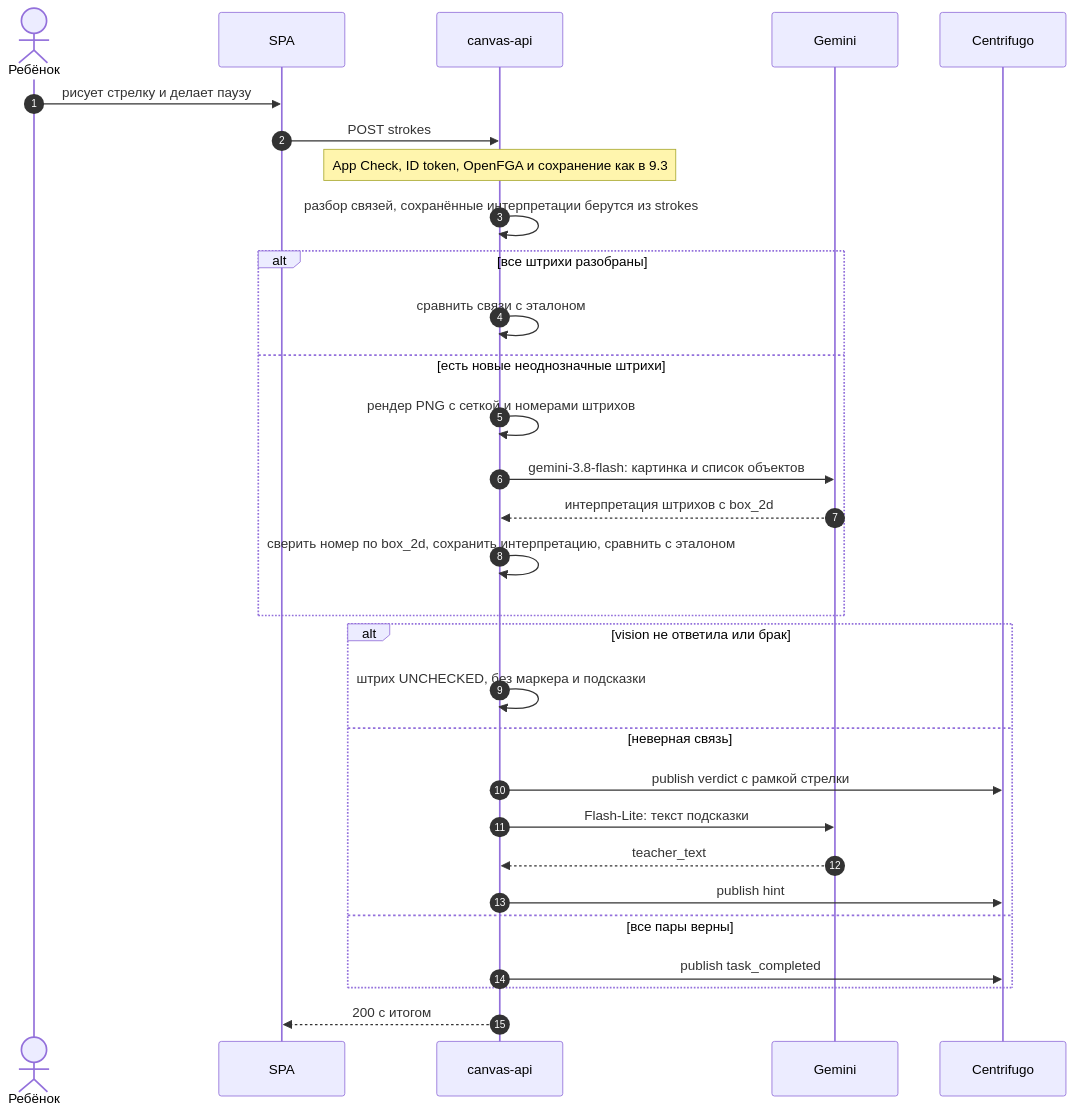
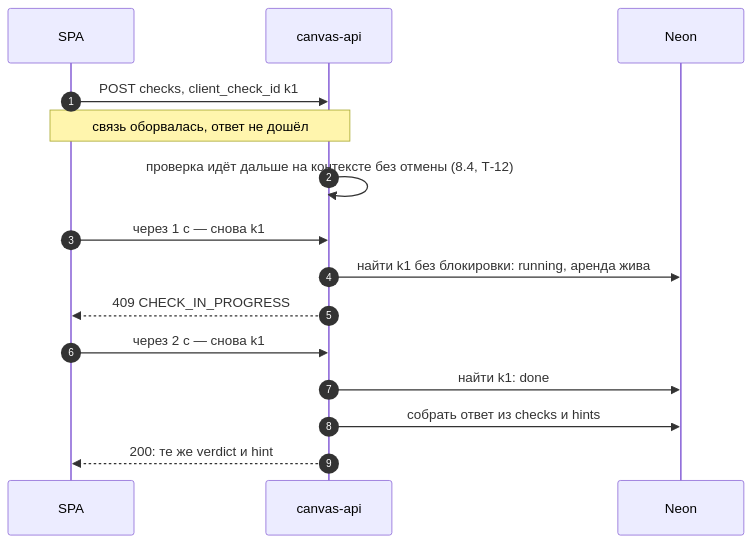
The sixth of 8 diagrams in docs/spec.md (MathTrail/canvas-api), drawn with Mermaid before and after one commit. The commit also changed other lines of this file and 21 other files, not shown here.

````diff
--- a/docs/spec.md
+++ b/docs/spec.md
@@ -976,33 +1061,18 @@
 ```mermaid
 sequenceDiagram
     autonumber
-    actor C as Ребёнок
     participant S as SPA
     participant A as canvas-api
-    participant G as Gemini
-    participant CE as Centrifugo
+    participant DB as Neon
 
-    C->>S: рисует стрелку и делает паузу
-    S->>A: POST strokes
-    Note over A: App Check, ID token, OpenFGA и сохранение как в 9.3
-    A->>A: разбор связей, сохранённые интерпретации берутся из strokes
-    alt все штрихи разобраны
-        A->>A: сравнить связи с эталоном
-    else есть новые неоднозначные штрихи
-        A->>A: рендер PNG с сеткой и номерами штрихов
-        A->>G: gemini-3.8-flash: картинка и список объектов
-        G-->>A: интерпретация штрихов с box_2d
-        A->>A: сверить номер по box_2d, сохранить интерпретацию, сравнить с эталоном
-    end
-    alt vision не ответила или брак
-        A->>A: штрих UNCHECKED, без маркера и подсказки
-    else неверная связь
-        A->>CE: publish verdict с рамкой стрелки
-        A->>G: Flash-Lite: текст подсказки
-        G-->>A: teacher_text
-        A->>CE: publish hint
-    else все пары верны
-        A->>CE: publish task_completed
-    end
-    A-->>S: 200 с итогом
+    S->>A: POST checks, client_check_id k1
+    Note over S,A: связь оборвалась, ответ не дошёл
+    A->>A: проверка идёт дальше на контексте без отмены (8.4, Т-12)
+    S->>A: через 1 с — снова k1
+    A->>DB: найти k1 без блокировки: running, аренда жива
+    A-->>S: 409 CHECK_IN_PROGRESS
+    S->>A: через 2 с — снова k1
+    A->>DB: найти k1: done
+    A->>DB: собрать ответ из checks и hints
+    A-->>S: 200: те же verdict и hint
 ```
````
